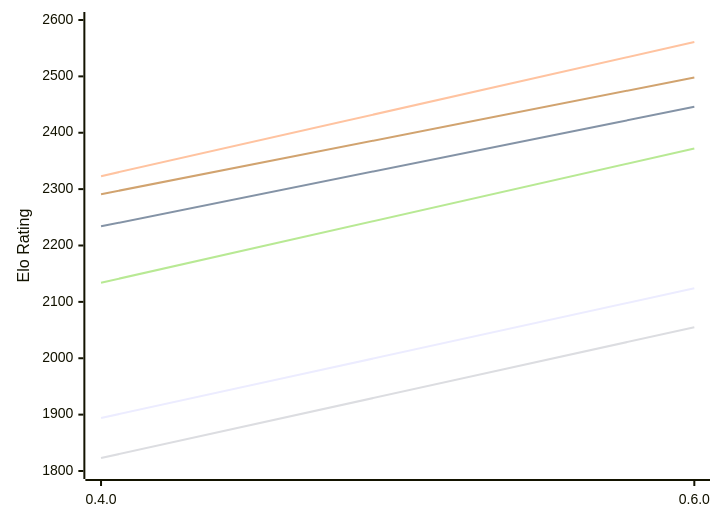
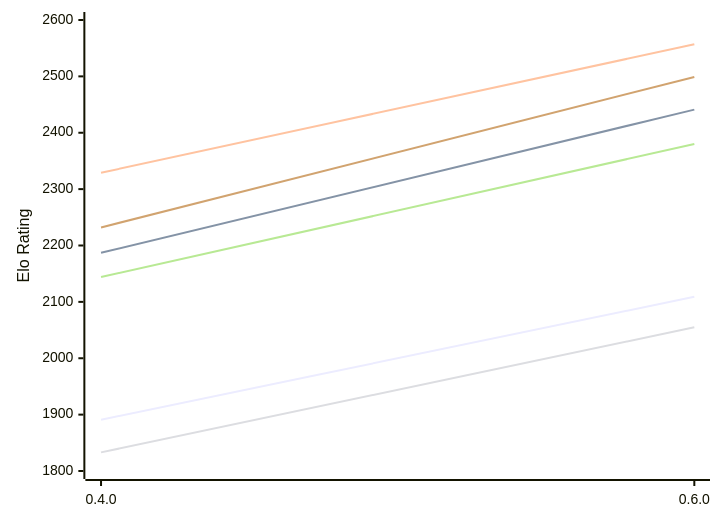
Before and after one commit to computer-chess-index/cci: the first of 2 diagrams in engines/Ariadne.md, drawn with Mermaid. The commit also changed other lines of this file, not shown here.

Commit message:
Update CCI Ratings (ELO VLTC) - 2026-11-15

````diff
--- a/engines/Ariadne.md
+++ b/engines/Ariadne.md
@@ -50,12 +50,12 @@
 ```mermaid
 %%{init: {"theme":"base","themeVariables":{"seriesColors:['#a3a3a3','#222221','#faa371']}}}%%
 xychart-beta
   x-axis ["0.4.0", "0.6.0"]
   y-axis "Elo Rating" 1800 --> 2600
-  line "E1: STC (8.0+0.08s)" [1894, 2124]
-  line "E1: LTC (60.0+0.60s)" [2234, 2446]
-  line "E1: VLTC (2m24s+1.12s)" [2323, 2561]
-  line "P1: STC (8.0+0.08s)" [1823, 2055]
-  line "P1: LTC (60.0+0.60s)" [2134, 2372]
-  line "P1: VLTC (2m24s+1.12s)" [2291, 2498]
+  line "E1: STC (8.0+0.08s)" [1891, 2109]
+  line "E1: LTC (60.0+0.60s)" [2187, 2441]
+  line "E1: VLTC (2m24s+1.12s)" [2329, 2557]
+  line "P1: STC (8.0+0.08s)" [1833, 2055]
+  line "P1: LTC (60.0+0.60s)" [2144, 2380]
+  line "P1: VLTC (2m24s+1.12s)" [2232, 2499]
 ```
````
